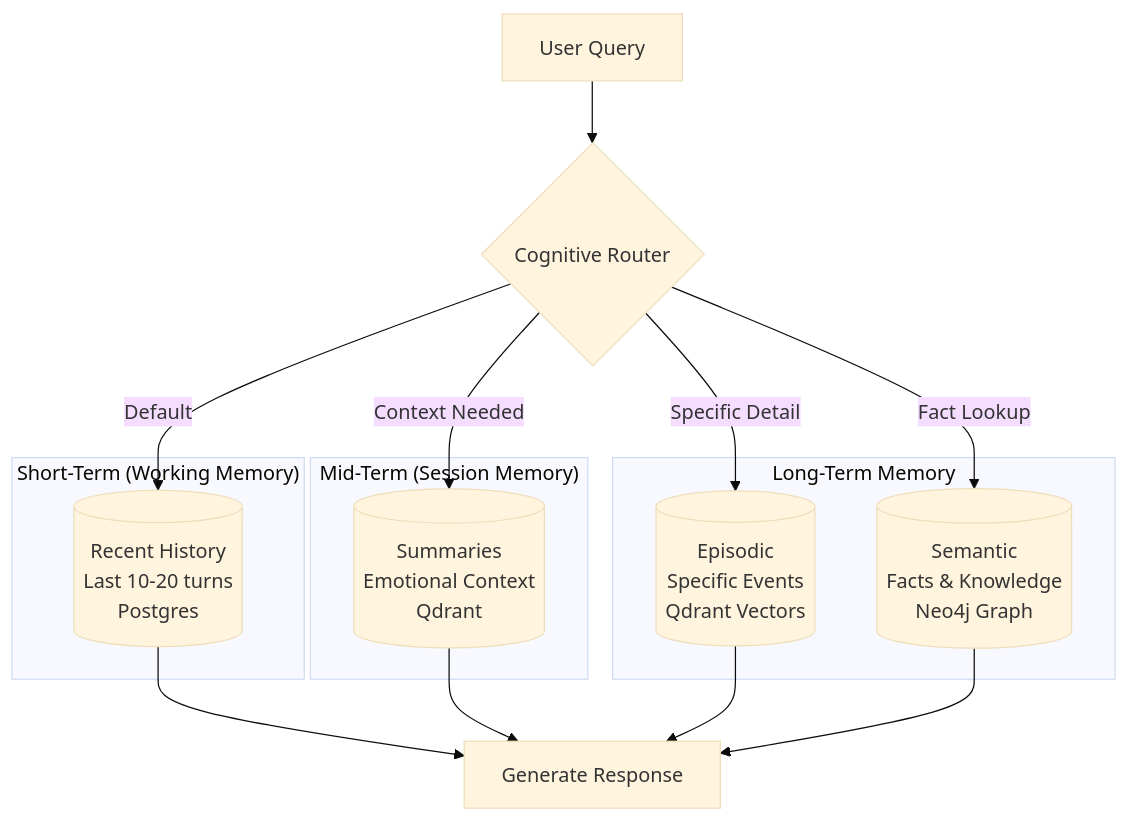
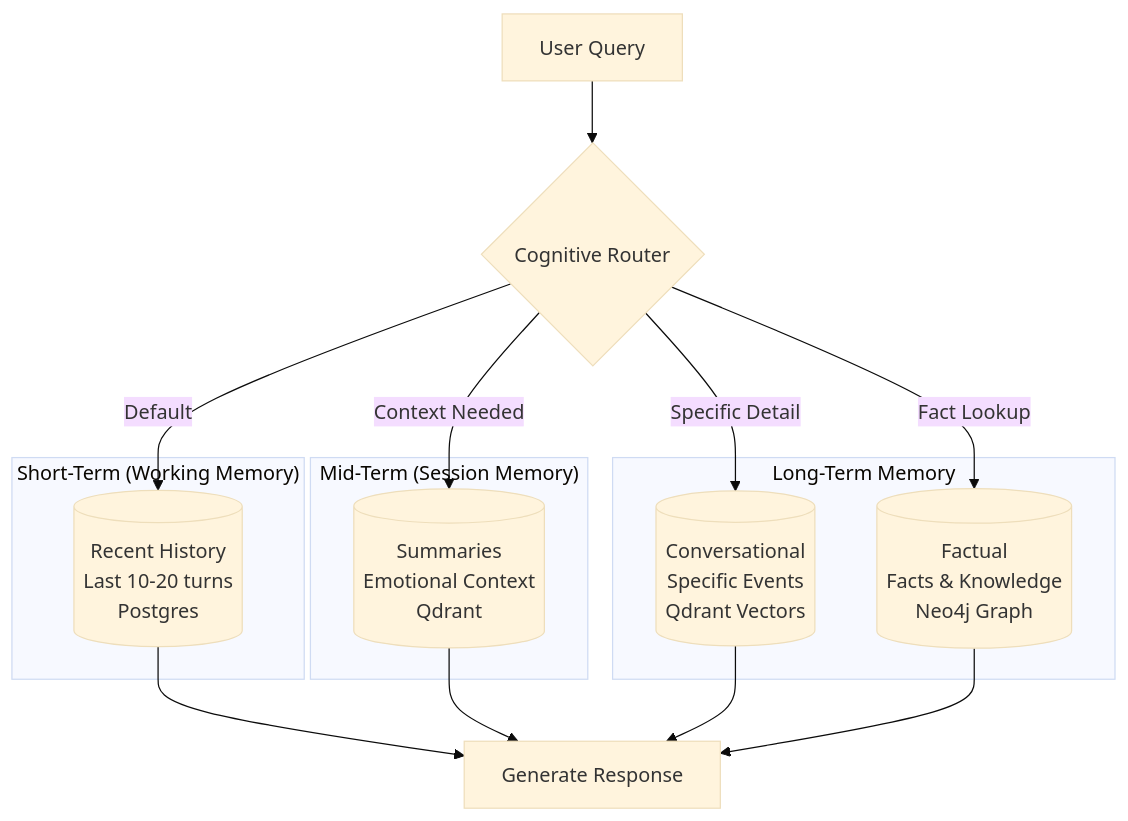
One commit to whisperengine-ai/whisperengine-v2 changed the first of 2 diagrams in docs/architecture/MEMORY_SYSTEM_V2.md. Above: the diagram before and after it, drawn with Mermaid (base theme). The commit also changed other lines of this file, not shown here.

Commit message:
feat: Update memory architecture terminology to enhance clarity on conversational and factual memory types

````diff
--- a/docs/architecture/MEMORY_SYSTEM_V2.md
+++ b/docs/architecture/MEMORY_SYSTEM_V2.md
@@ -74,27 +74,27 @@
 ```mermaid
 graph TB
     Query[User Query] --> Router{Cognitive Router}
     
     subgraph ShortTerm["Short-Term (Working Memory)"]
         Recent[(Recent History<br/>Last 10-20 turns<br/>Postgres)]
     end
     
     subgraph MidTerm["Mid-Term (Session Memory)"]
         Summaries[(Summaries<br/>Emotional Context<br/>Qdrant)]
     end
     
     subgraph LongTerm["Long-Term Memory"]
-        Episodic[(Episodic<br/>Specific Events<br/>Qdrant Vectors)]
-        Semantic[(Semantic<br/>Facts & Knowledge<br/>Neo4j Graph)]
+        Episodic[(Conversational<br/>Specific Events<br/>Qdrant Vectors)]
+        Semantic[(Factual<br/>Facts & Knowledge<br/>Neo4j Graph)]
     end
     
     Router -->|Default| Recent
     Router -->|Context Needed| Summaries
     Router -->|Specific Detail| Episodic
     Router -->|Fact Lookup| Semantic
     
     Recent --> Response[Generate Response]
     Summaries --> Response
     Episodic --> Response
     Semantic --> Response
 ```
````
